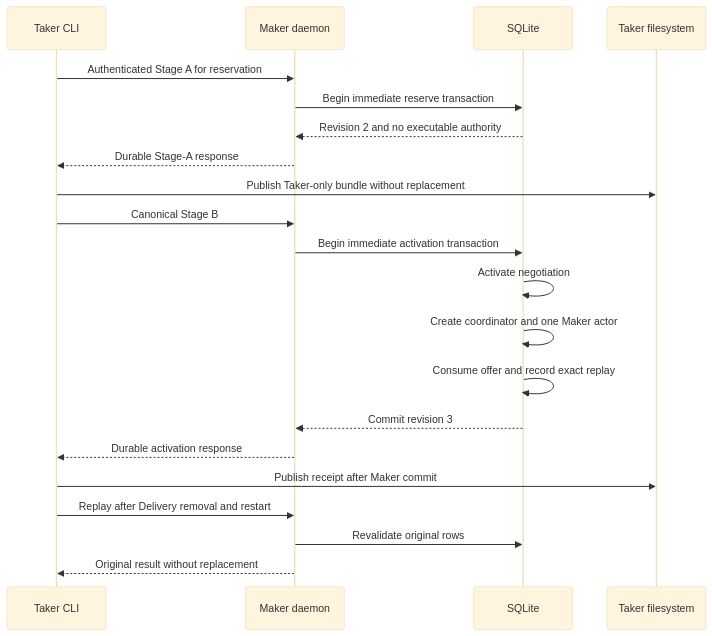
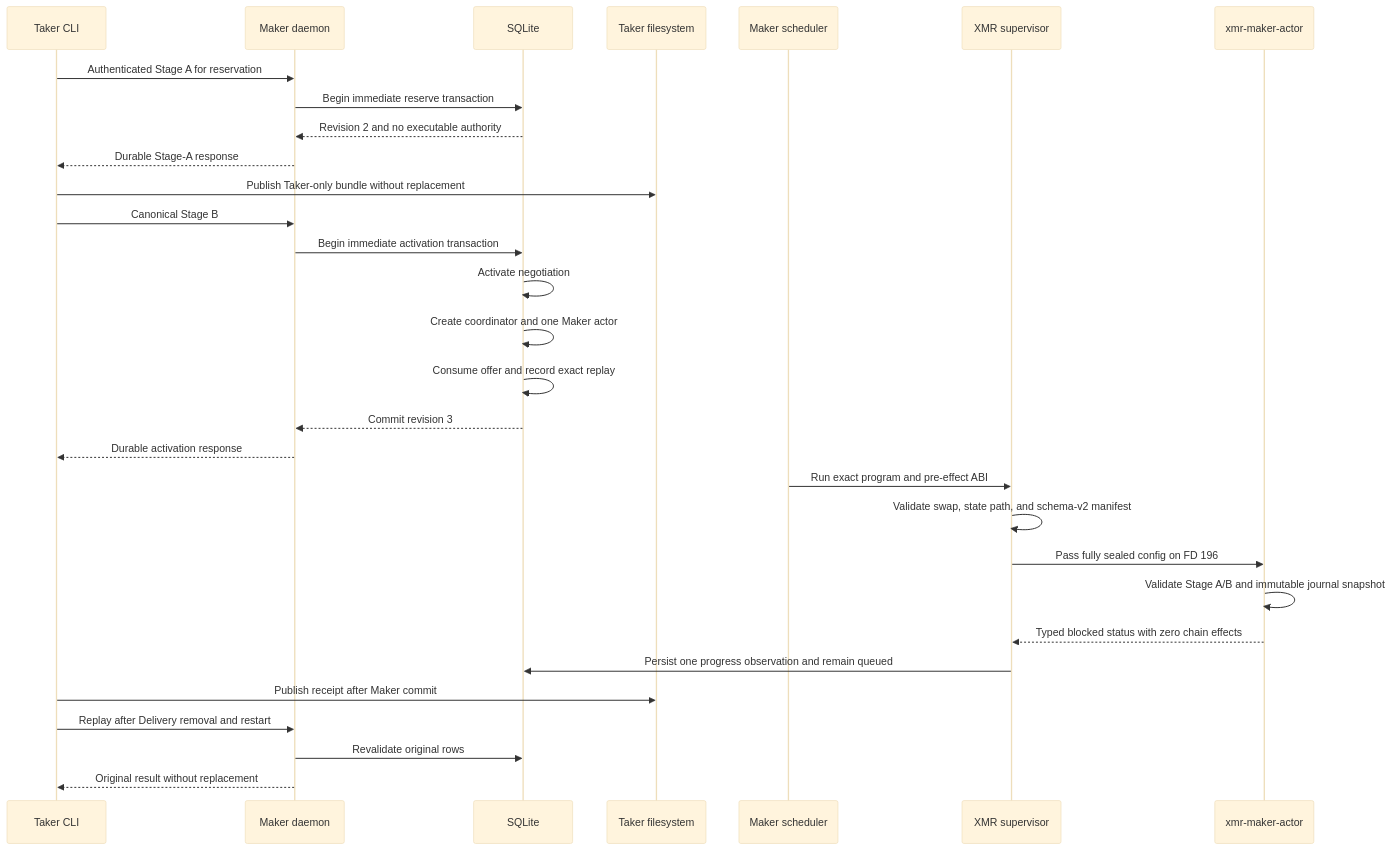
Diagram 22 of 30 in docs/architecture/system-architecture.md (gateway-fm/lez-atomic-swaps), drawn with Mermaid (base theme) before and after one commit. The commit also changed other lines of this file and 19 other files, not shown here.

Commit message:
feat(m5): supervise sealed XMR authority

````diff
--- a/docs/architecture/system-architecture.md
+++ b/docs/architecture/system-architecture.md
@@ -2244,24 +2251,33 @@
 ```mermaid
 sequenceDiagram
     participant T as Taker CLI
     participant D as Maker daemon
     participant DB as SQLite
     participant F as Taker filesystem
+    participant S as Maker scheduler
+    participant P as XMR supervisor
+    participant A as xmr-maker-actor
 
     T->>D: Authenticated Stage A for reservation
     D->>DB: Begin immediate reserve transaction
     DB-->>D: Revision 2 and no executable authority
     D-->>T: Durable Stage-A response
     T->>F: Publish Taker-only bundle without replacement
     T->>D: Canonical Stage B
     D->>DB: Begin immediate activation transaction
     DB->>DB: Activate negotiation
     DB->>DB: Create coordinator and one Maker actor
     DB->>DB: Consume offer and record exact replay
     DB-->>D: Commit revision 3
     D-->>T: Durable activation response
+    S->>P: Run exact program and pre-effect ABI
+    P->>P: Validate swap, state path, and schema-v2 manifest
+    P->>A: Pass fully sealed config on FD 196
+    A->>A: Validate Stage A/B and immutable journal snapshot
+    A-->>P: Typed blocked status with zero chain effects
+    P->>DB: Persist one progress observation and remain queued
     T->>F: Publish receipt after Maker commit
     T->>D: Replay after Delivery removal and restart
     D->>DB: Revalidate original rows
     D-->>T: Original result without replacement
 ```
````
